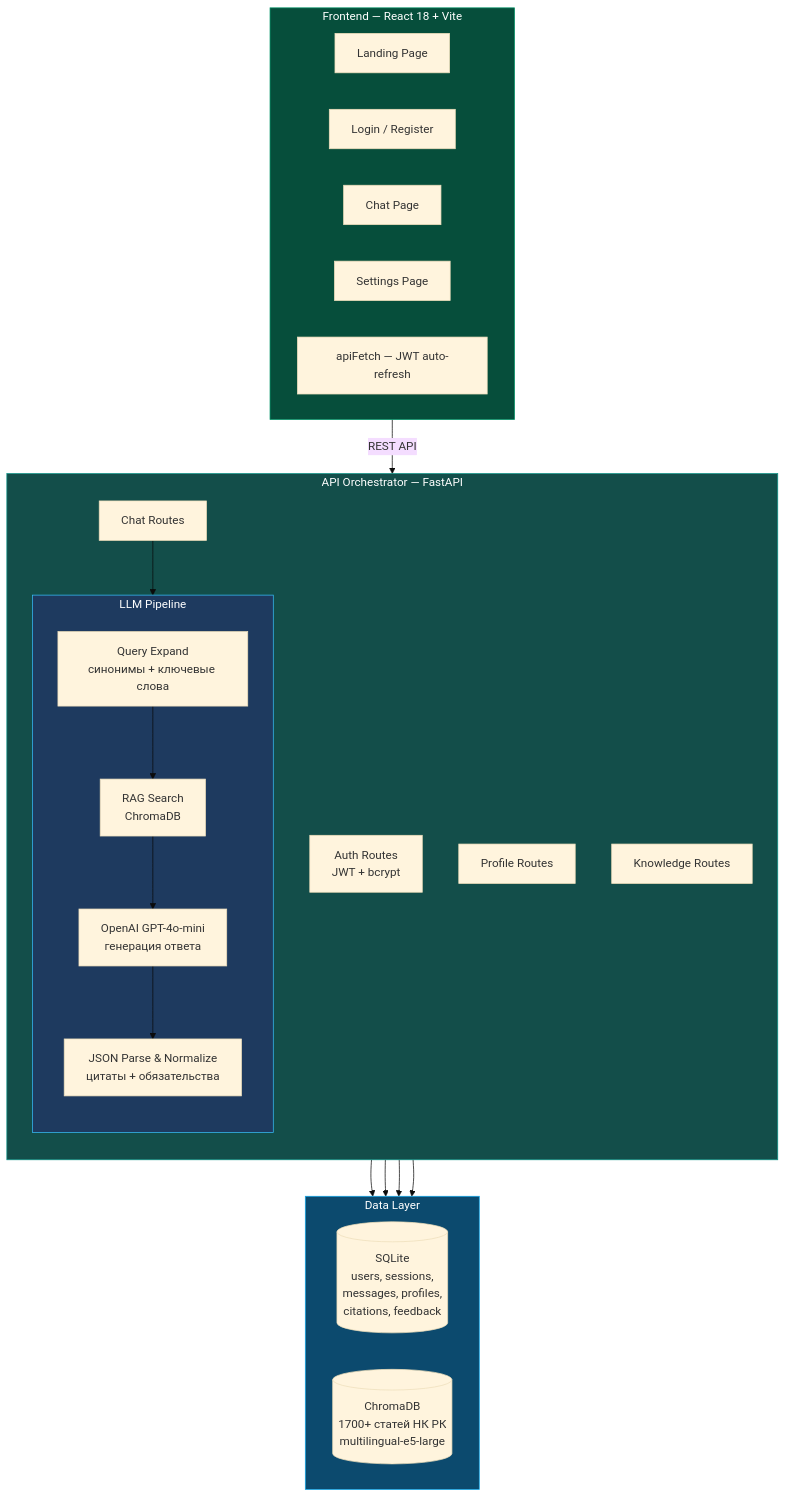
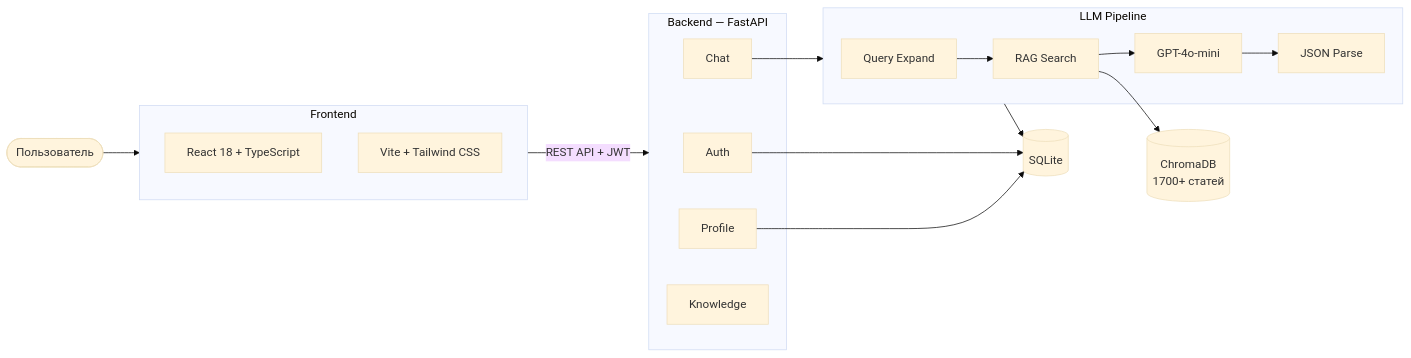
Before and after one commit to Tokpoki/SalyqAI: the first of 2 diagrams in docs/architecture.md, drawn with Mermaid (base theme). The commit also changed other lines of this file, not shown here.

Commit message:
docs: simplify architecture diagrams for better rendering

````diff
--- a/docs/architecture.md
+++ b/docs/architecture.md
@@ -5,45 +5,29 @@
 ```mermaid
-graph TB
-    subgraph Frontend["Frontend — React 18 + Vite"]
-        LP[Landing Page]
-        AUTH[Login / Register]
-        CHAT[Chat Page]
-        SETTINGS[Settings Page]
-        API_CLIENT[apiFetch — JWT auto-refresh]
+graph LR
+    U([Пользователь]) --> F
+
+    subgraph F[Frontend]
+        F1[React 18 + TypeScript]
+        F2[Vite + Tailwind CSS]
     end
 
-    subgraph Backend["API Orchestrator — FastAPI"]
-        direction TB
-        AUTH_R[Auth Routes<br/>JWT + bcrypt]
-        CHAT_R[Chat Routes]
-        PROFILE_R[Profile Routes]
-        KNOWLEDGE_R[Knowledge Routes]
+    F -->|REST API + JWT| B
 
-        subgraph LLM_PIPELINE["LLM Pipeline"]
-            direction TB
-            QE[Query Expand<br/>синонимы + ключевые слова]
-            RAG[RAG Search<br/>ChromaDB]
-            GPT[OpenAI GPT-4o-mini<br/>генерация ответа]
-            PARSE[JSON Parse & Normalize<br/>цитаты + обязательства]
-            QE --> RAG --> GPT --> PARSE
-        end
+    subgraph B[Backend — FastAPI]
+        B1[Auth]
+        B2[Chat]
+        B3[Profile]
+        B4[Knowledge]
     end
 
-    subgraph Data["Data Layer"]
-        direction LR
-        SQLITE[(SQLite<br/>users, sessions,<br/>messages, profiles,<br/>citations, feedback)]
-        CHROMA[(ChromaDB<br/>1700+ статей НК РК<br/>multilingual-e5-large)]
+    B2 --> P
+
+    subgraph P[LLM Pipeline]
+        P1[Query Expand] --> P2[RAG Search] --> P3[GPT-4o-mini] --> P4[JSON Parse]
     end
 
-    Frontend -->|REST API| Backend
-    AUTH_R --> SQLITE
-    CHAT_R --> LLM_PIPELINE
-    PROFILE_R --> SQLITE
-    LLM_PIPELINE --> SQLITE
-    LLM_PIPELINE --> CHROMA
-
-    style Frontend fill:#064e3b,stroke:#059669,color:#fff
-    style Backend fill:#134e4a,stroke:#0d9488,color:#fff
-    style Data fill:#0c4a6e,stroke:#0ea5e9,color:#fff
-    style LLM_PIPELINE fill:#1e3a5f,stroke:#38bdf8,color:#fff
+    P2 --> C[(ChromaDB<br/>1700+ статей)]
+    B1 --> S[(SQLite)]
+    B3 --> S
+    P --> S
 ```
````
